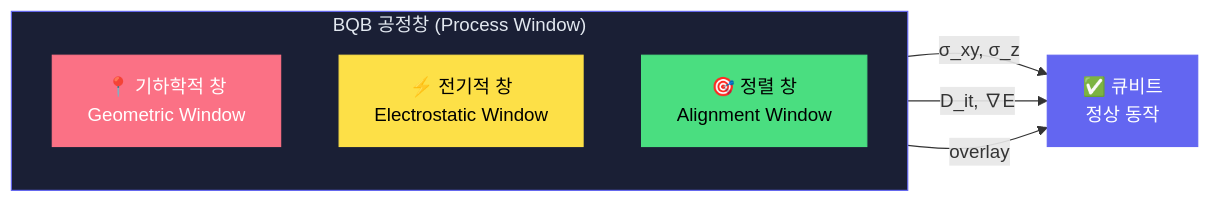
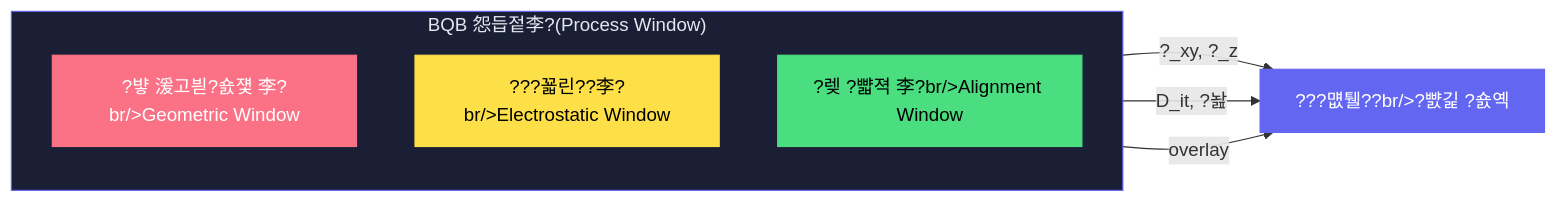
The first of 5 diagrams in Proficiency Levels/Intermediate Level/README.md (lee6147/Quantum_BQB), drawn with Mermaid before and after one commit. The commit also changed other lines of this file, not shown here.

````diff
--- a/Proficiency Levels/Intermediate Level/README.md
+++ b/Proficiency Levels/Intermediate Level/README.md
@@ -127,19 +127,19 @@
 ```mermaid
 graph LR
-    subgraph PW["BQB 공정창 (Process Window)"]
+    subgraph PW["BQB 怨듭젙李?(Process Window)"]
         direction TB
-        G["📍 기하학적 창<br/>Geometric Window"]
-        E["⚡ 전기적 창<br/>Electrostatic Window"]
-        A["🎯 정렬 창<br/>Alignment Window"]
+        G["?뱧 湲고븯?숈쟻 李?br/>Geometric Window"]
+        E["???꾧린??李?br/>Electrostatic Window"]
+        A["?렞 ?뺣젹 李?br/>Alignment Window"]
     end
 
-    G --> |"σ_xy, σ_z"| Q["✅ 큐비트<br/>정상 동작"]
-    E --> |"D_it, ∇E"| Q
+    G --> |"?_xy, ?_z"| Q["???먮퉬??br/>?뺤긽 ?숈옉"]
+    E --> |"D_it, ?놢"| Q
     A --> |"overlay"| Q
 
     style G fill:#fb7185,stroke:#fb7185,color:#fff
     style E fill:#fde047,stroke:#fde047,color:#000
     style A fill:#4ade80,stroke:#4ade80,color:#000
     style Q fill:#6366f1,stroke:#6366f1,color:#fff
     style PW fill:#1a1f35,stroke:#6366f1,color:#e2e8f0
 ```
````
